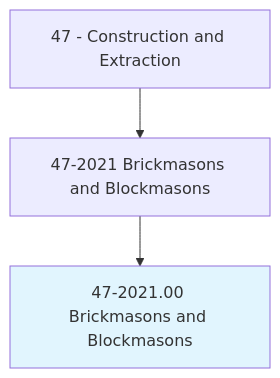
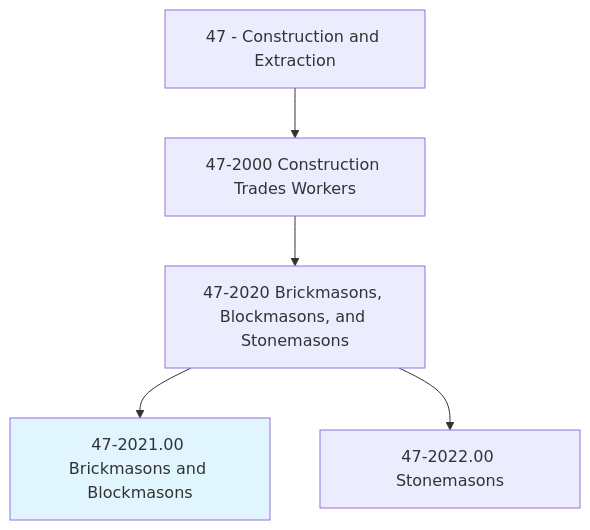
One commit to kziemski/business.org.ai changed the first of 4 diagrams in occupations/Construction/BrickmasonsAndBlockmasons.mdx. Above: the diagram before and after it, drawn with Mermaid. The commit also changed other lines of this file and 938 other files, not shown here.

````diff
--- a/occupations/Construction/BrickmasonsAndBlockmasons.mdx
+++ b/occupations/Construction/BrickmasonsAndBlockmasons.mdx
@@ -19,6 +23,8 @@
 ```mermaid
 graph TD
-    Cat47["47 - Construction and Extraction"] --> Group472021["47-2021 Brickmasons and Blockmasons"]
-    Group472021 --> Current["47-2021.00 Brickmasons and Blockmasons"]
+    Cat47["47 - Construction and Extraction"] --> Group472["47-2000 Construction Trades Workers"]
+    Group472 --> Group4720["47-2020 Brickmasons, Blockmasons, and Stonemasons"]
+    Group4720 --> Current["47-2021.00 Brickmasons and Blockmasons"]
+    Group4720 --> Stone["47-2022.00 Stonemasons"]
     style Current fill:#e1f5fe
 ```
````
